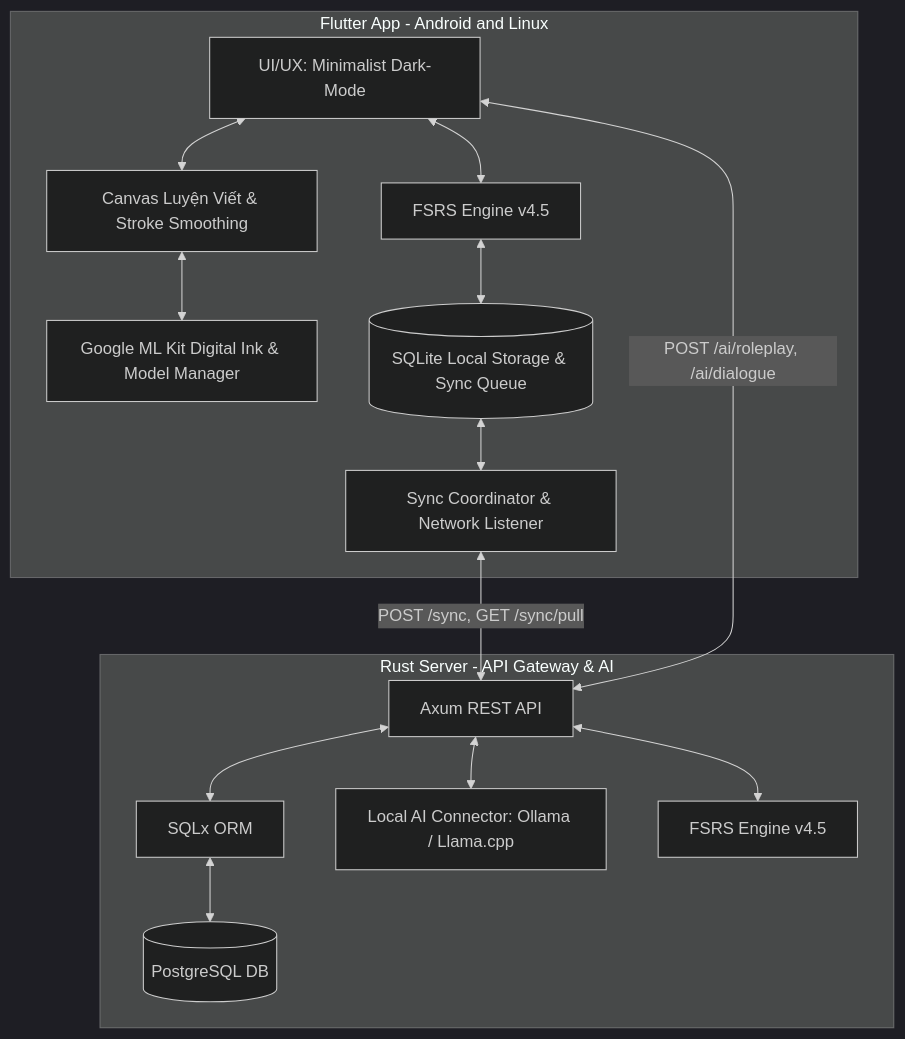
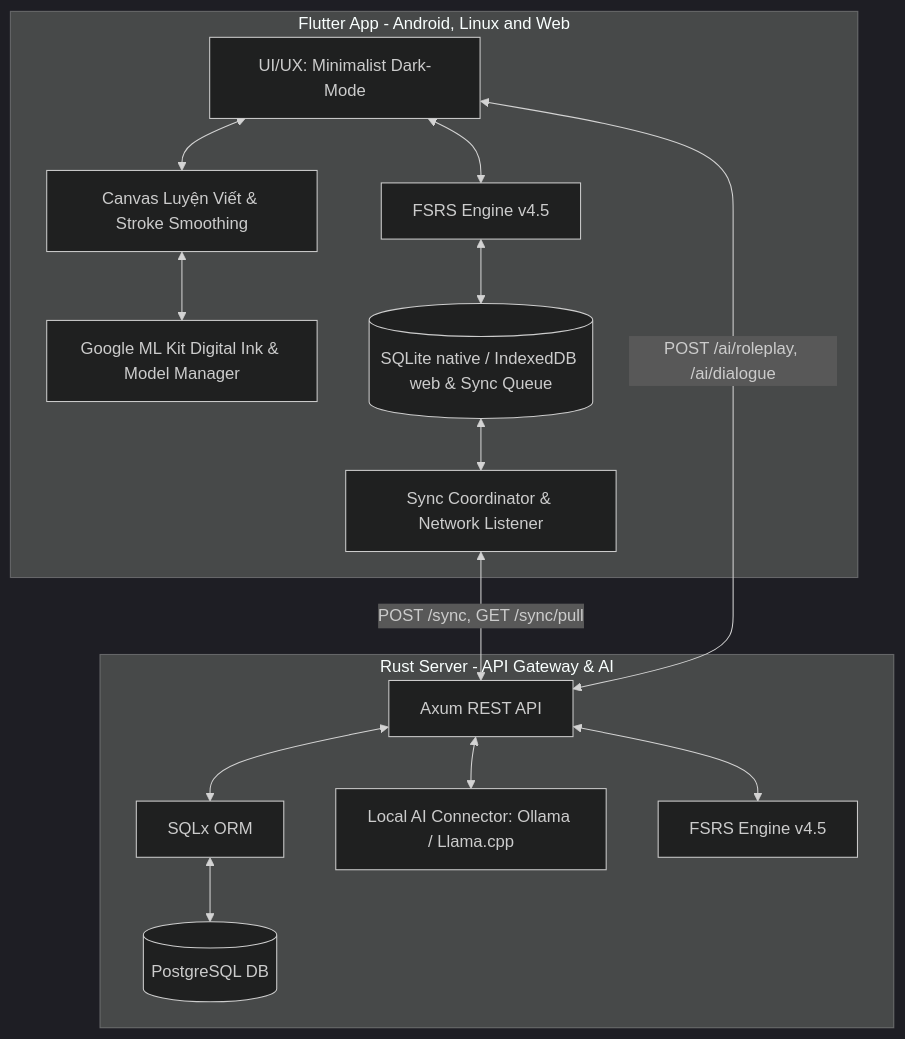
Before and after one commit to duyphan0503/lingua_canvas: the diagram in PROJECT.md, drawn with Mermaid (dark theme). The commit also changed other lines of this file and 7 other files, not shown here.

Commit message:
ci: validate and document the Flutter web platform

````diff
--- a/PROJECT.md
+++ b/PROJECT.md
@@ -8,33 +8,33 @@
 ```mermaid
 flowchart TD
-    subgraph Client [Flutter App - Android and Linux]
+    subgraph Client [Flutter App - Android, Linux and Web]
         UI[UI/UX: Minimalist Dark-Mode]
         Canvas[Canvas Luyện Viết & Stroke Smoothing]
         MLKit[Google ML Kit Digital Ink & Model Manager]
         FSRSClient[FSRS Engine v4.5]
-        LocalDB[(SQLite Local Storage & Sync Queue)]
+        LocalDB[(SQLite native / IndexedDB web & Sync Queue)]
         SyncClient[Sync Coordinator & Network Listener]
 
         UI <--> Canvas
         Canvas <--> MLKit
         UI <--> FSRSClient
         FSRSClient <--> LocalDB
         LocalDB <--> SyncClient
     end
 
     subgraph Backend [Rust Server - API Gateway & AI]
         Axum[Axum REST API]
         SQLx[SQLx ORM]
         PostgreSQL[(PostgreSQL DB)]
         LocalAI[Local AI Connector: Ollama / Llama.cpp]
         FSRSServer[FSRS Engine v4.5]
 
         Axum <--> SQLx
         SQLx <--> PostgreSQL
         Axum <--> LocalAI
         Axum <--> FSRSServer
     end
 
     SyncClient <-->|POST /sync, GET /sync/pull| Axum
     UI <-->|POST /ai/roleplay, /ai/dialogue| Axum
 ```
````
